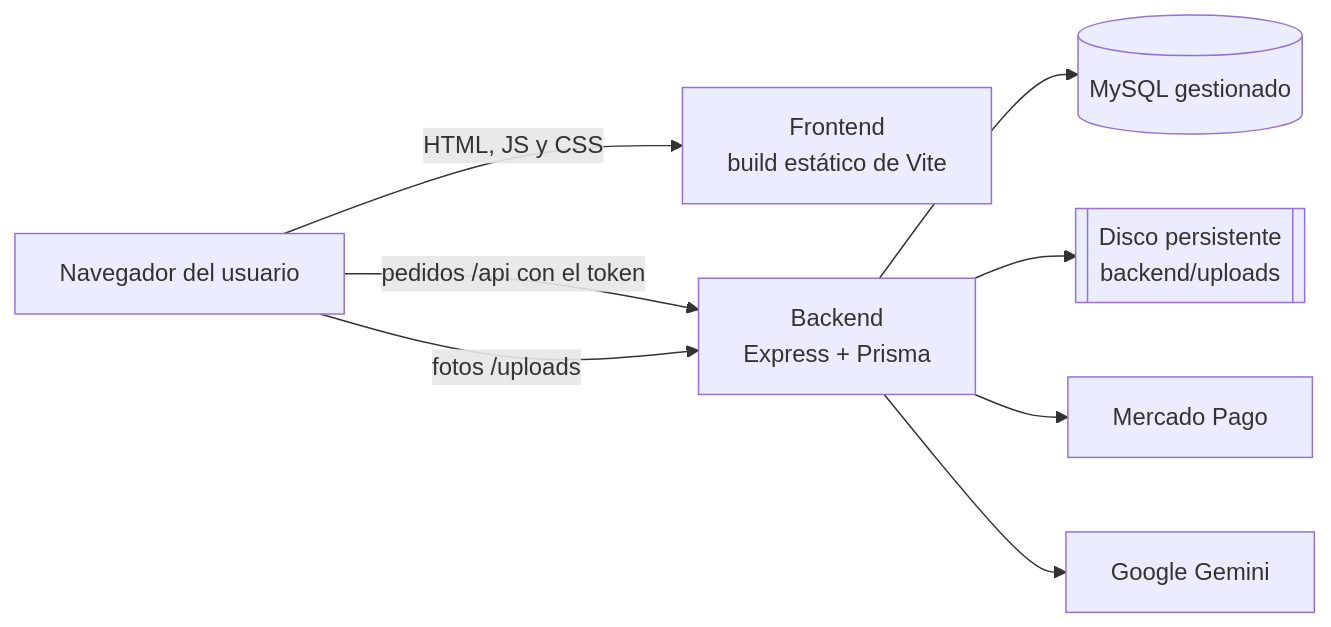
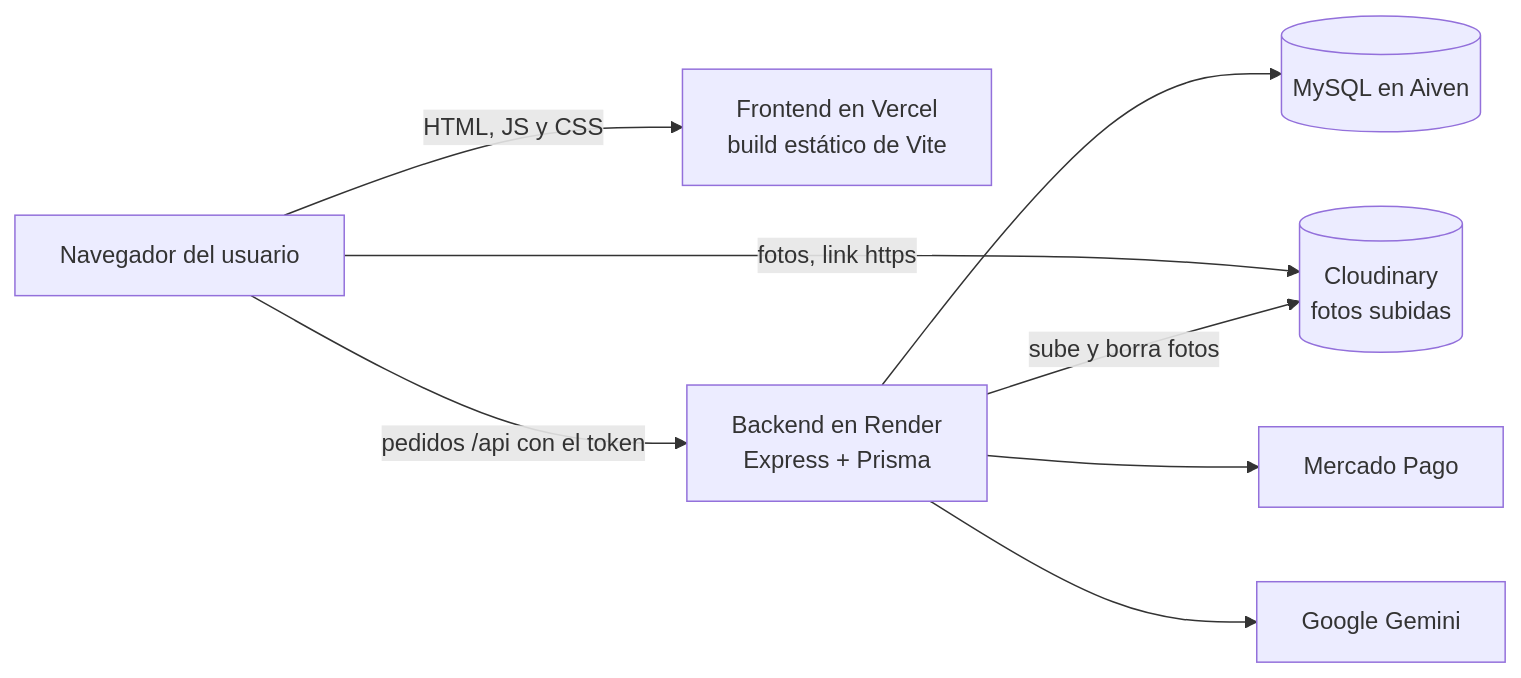
One commit to stefanoguerrina/tp-chefcito changed the first of 2 diagrams in docs/deploy.md. Above: the diagram before and after it, drawn with Mermaid. The commit also changed other lines of this file and 2 other files, not shown here.

````diff
--- a/docs/deploy.md
+++ b/docs/deploy.md
@@ -17,10 +18,10 @@
 ```mermaid
 flowchart LR
-    U[Navegador del usuario] -->|HTML, JS y CSS| F[Frontend<br>build estático de Vite]
-    U -->|pedidos /api con el token| B[Backend<br>Express + Prisma]
-    U -->|fotos /uploads| B
-    B --> D[(MySQL gestionado)]
-    B --> V[[Disco persistente<br>backend/uploads]]
+    U[Navegador del usuario] -->|HTML, JS y CSS| F[Frontend en Vercel<br>build estático de Vite]
+    U -->|pedidos /api con el token| B[Backend en Render<br>Express + Prisma]
+    U -->|fotos, link https| C[(Cloudinary<br>fotos subidas)]
+    B --> D[(MySQL en Aiven)]
+    B -->|sube y borra fotos| C
     B --> MP[Mercado Pago]
     B --> G[Google Gemini]
 ```
````
